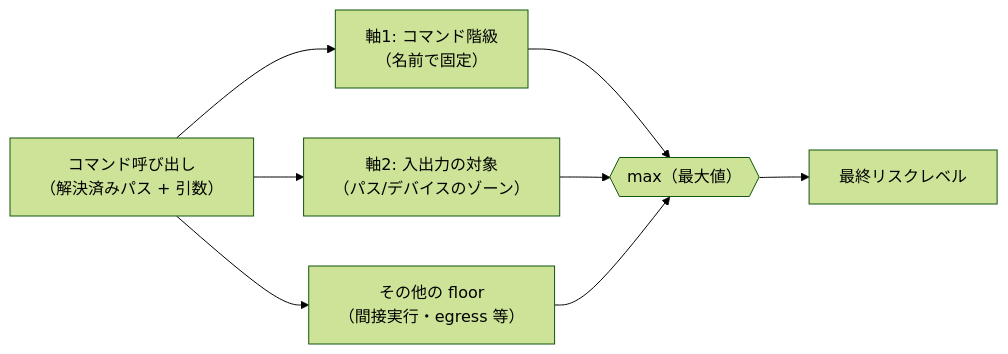
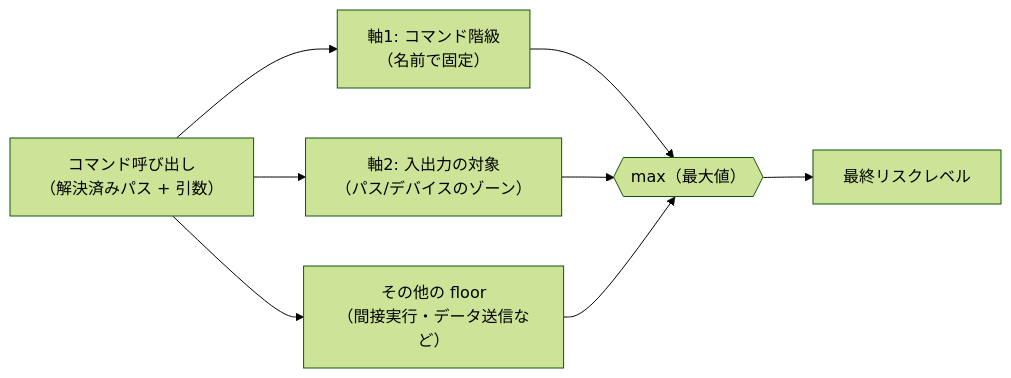
Before and after one commit to isseis/go-safe-cmd-runner: the first of 2 diagrams in docs/dev/architecture_design/risk-level-classification-guide.ja.md, drawn with Mermaid (forest theme). The commit also changed other lines of this file and 3 other files, not shown here.

````diff
--- a/docs/dev/architecture_design/risk-level-classification-guide.ja.md
+++ b/docs/dev/architecture_design/risk-level-classification-guide.ja.md
@@ -70,13 +70,13 @@
 ```mermaid
 flowchart LR
     CMD["コマンド呼び出し<br>（解決済みパス + 引数）"]
     A1["軸1: コマンド階級<br>（名前で固定）"]
     A2["軸2: 入出力の対象<br>（パス/デバイスのゾーン）"]
-    OTH["その他の floor<br>（間接実行・egress 等）"]
+    OTH["その他の floor<br>（間接実行・データ送信など）"]
     MAX{{"max（最大値）"}}
     OUT["最終リスクレベル"]
     CMD --> A1 --> MAX
     CMD --> A2 --> MAX
     CMD --> OTH --> MAX
     MAX --> OUT
 ```
````
